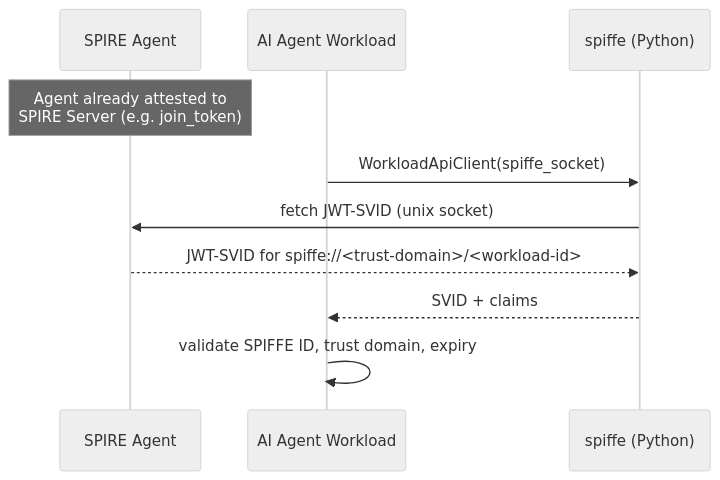
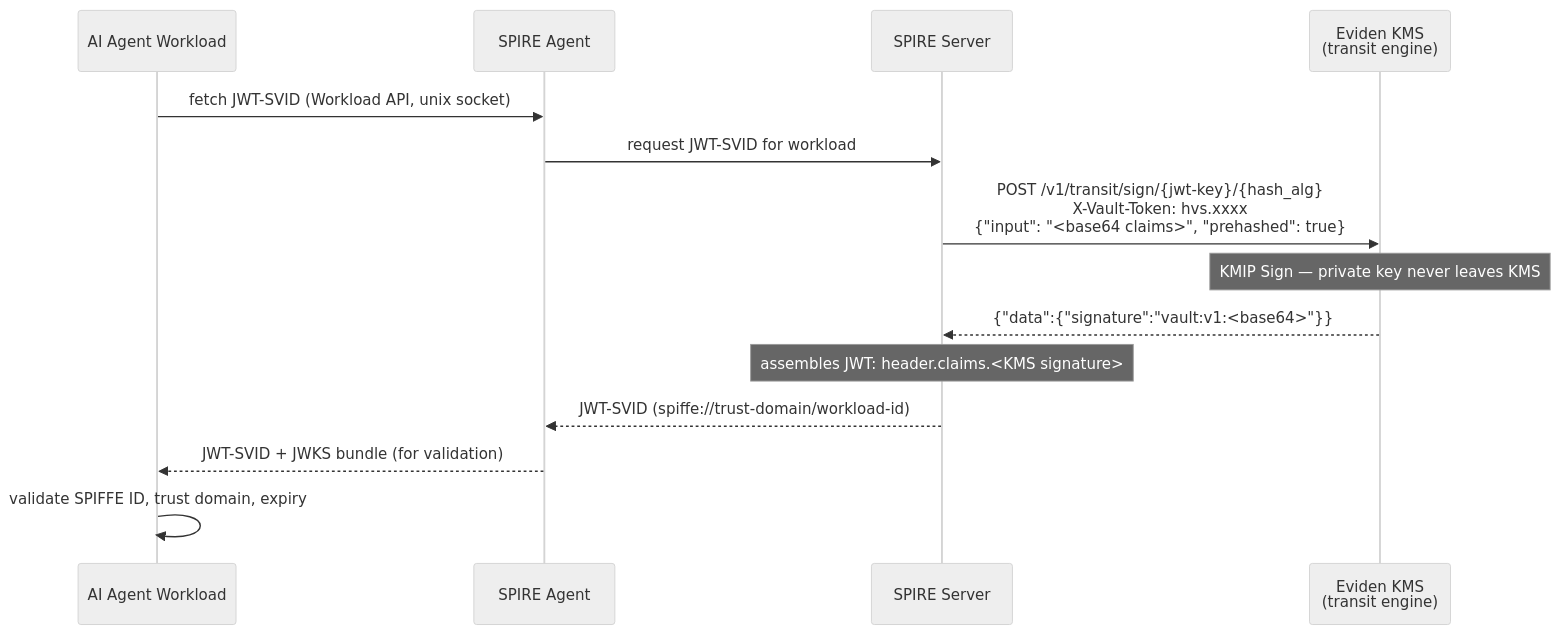
Before and after one commit to Cosmian/kms: the seventh of 7 diagrams in documentation/docs/integrations/spire_spiffe.md, drawn with Mermaid (neutral theme). The commit also changed other lines of this file and 4 other files, not shown here.

````diff
--- a/documentation/docs/integrations/spire_spiffe.md
+++ b/documentation/docs/integrations/spire_spiffe.md
@@ -488,13 +571,17 @@
 ```mermaid
 sequenceDiagram
+    participant Workload as AI Agent Workload
     participant Agent as SPIRE Agent
-    participant Workload as AI Agent Workload
-    participant Lib as spiffe (Python)
+    participant Server as SPIRE Server
+    participant KMS as Eviden KMS<br/>(transit engine)
 
-    Note over Agent: Agent already attested to<br/>SPIRE Server (e.g. join_token)
-    Workload->>Lib: WorkloadApiClient(spiffe_socket)
-    Lib->>Agent: fetch JWT-SVID (unix socket)
-    Agent-->>Lib: JWT-SVID for spiffe://<trust-domain>/<workload-id>
-    Lib-->>Workload: SVID + claims
+    Workload->>Agent: fetch JWT-SVID (Workload API, unix socket)
+    Agent->>Server: request JWT-SVID for workload
+    Server->>KMS: POST /v1/transit/sign/{jwt-key}/{hash_alg}<br/>X-Vault-Token: hvs.xxxx<br/>{"input": "<base64 claims>", "prehashed": true}
+    Note over KMS: KMIP Sign — private key never leaves KMS
+    KMS-->>Server: {"data":{"signature":"vault:v1:<base64>"}}
+    Note over Server: assembles JWT: header.claims.<KMS signature>
+    Server-->>Agent: JWT-SVID (spiffe://trust-domain/workload-id)
+    Agent-->>Workload: JWT-SVID + JWKS bundle (for validation)
     Workload->>Workload: validate SPIFFE ID, trust domain, expiry
 ```
````
